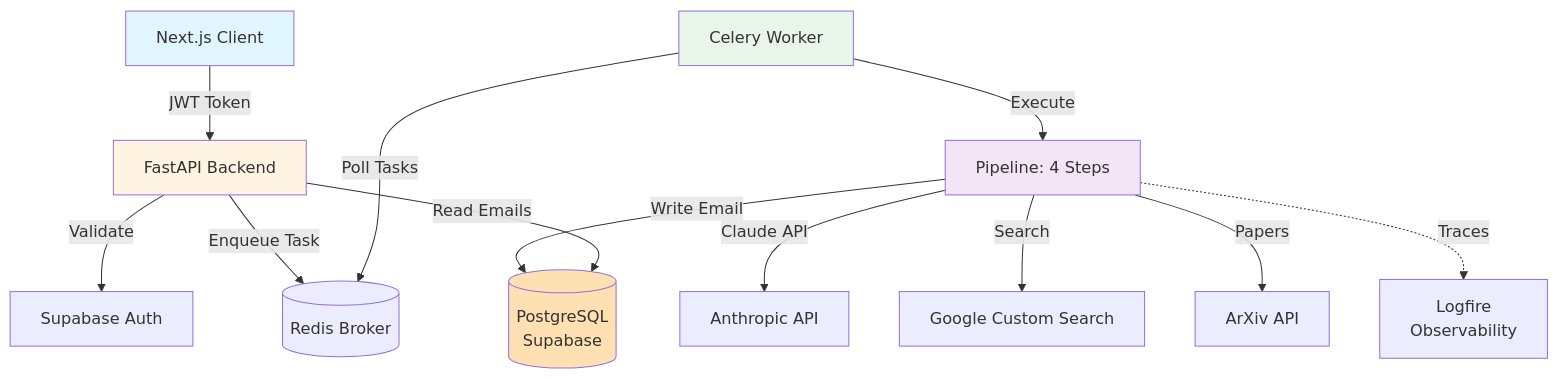
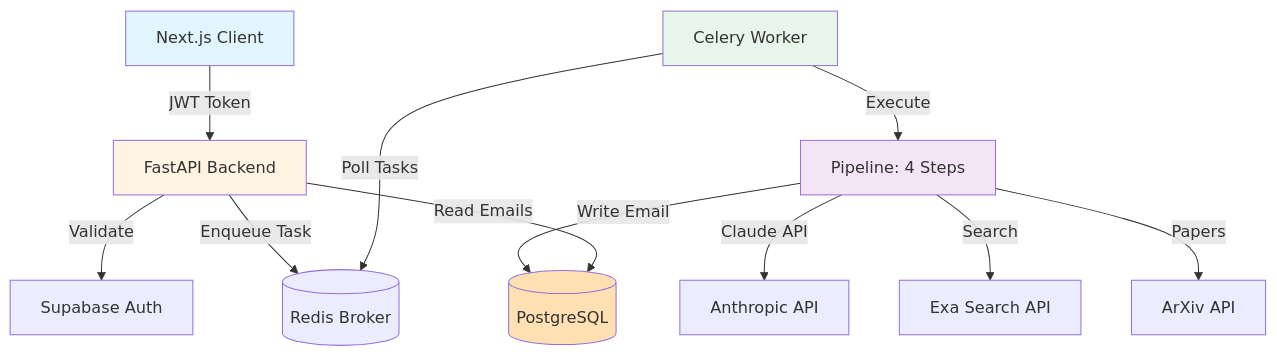
One commit to Mishra-Manit/scribe-backend changed the diagram in docs/ARCHITECTURE.MD. Above: the diagram before and after it, drawn with Mermaid. The commit also changed other lines of this file and 4 other files, not shown here.

````diff
--- a/docs/ARCHITECTURE.MD
+++ b/docs/ARCHITECTURE.MD
@@ -9,20 +9,19 @@
 ```mermaid
 graph TB
     Client[Next.js Client] -->|JWT Token| API[FastAPI Backend]
     API -->|Validate| Supabase[Supabase Auth]
     API -->|Enqueue Task| Redis[(Redis Broker)]
     Worker[Celery Worker] -->|Poll Tasks| Redis
     Worker -->|Execute| Pipeline[Pipeline: 4 Steps]
     Pipeline -->|Claude API| Anthropic[Anthropic API]
-    Pipeline -->|Search| Google[Google Custom Search]
+    Pipeline -->|Search| Exa[Exa Search API]
     Pipeline -->|Papers| ArXiv[ArXiv API]
-    Pipeline -->|Write Email| DB[(PostgreSQL<br/>Supabase)]
+    Pipeline -->|Write Email| DB[(PostgreSQL)]
     API -->|Read Emails| DB
-    Pipeline -.->|Traces| Logfire[Logfire<br/>Observability]
 
     style Client fill:#e1f5ff
     style API fill:#fff4e1
     style Worker fill:#e8f5e9
     style Pipeline fill:#f3e5f5
     style DB fill:#ffe0b2
 ```
````
